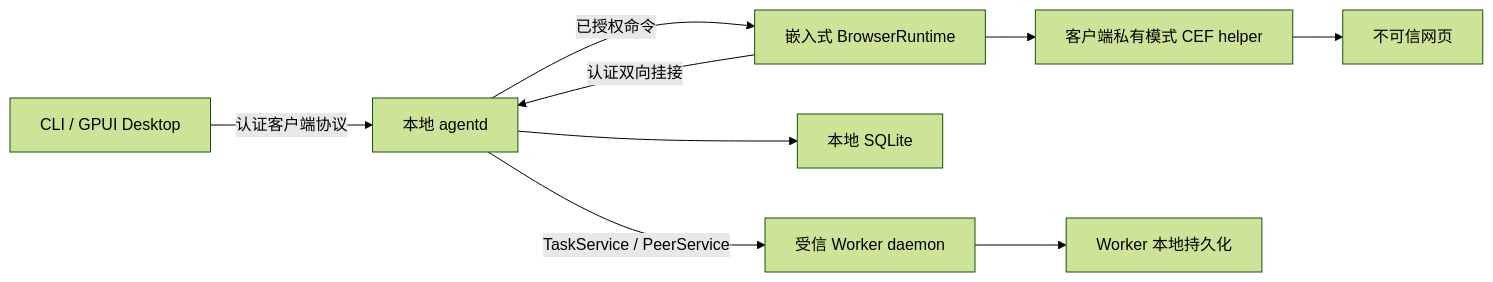
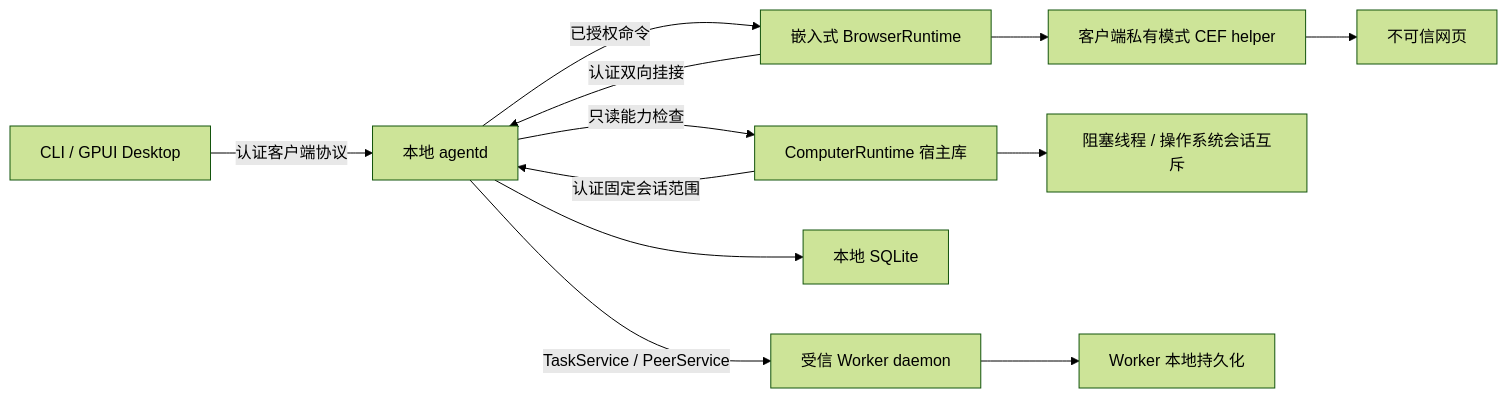
Before and after one commit to lyonbrown4d/lyonbrown: the fourth of 4 diagrams in docs/zh/src/architecture.md, drawn with Mermaid (forest theme). The commit also changed other lines of this file and 29 other files, not shown here.

Commit message:
feat: attach computer runtime to authenticated daemon sessions

````diff
--- a/docs/zh/src/architecture.md
+++ b/docs/zh/src/architecture.md
@@ -143,11 +149,14 @@
 ```mermaid
 flowchart LR
     Client[CLI / GPUI Desktop] -->|认证客户端协议| Daemon[本地 agentd]
     Runtime[嵌入式 BrowserRuntime] -->|认证双向挂接| Daemon
     Daemon -->|已授权命令| Runtime
     Runtime --> Helper[客户端私有模式 CEF helper]
     Helper --> Web[不可信网页]
+    Computer[ComputerRuntime 宿主库] -->|认证固定会话范围| Daemon
+    Daemon -->|只读能力检查| Computer
+    Computer --> Native[阻塞线程 / 操作系统会话互斥]
     Daemon --> Local[本地 SQLite]
     Daemon -->|TaskService / PeerService| Worker[受信 Worker daemon]
     Worker --> Remote[Worker 本地持久化]
 ```
````
